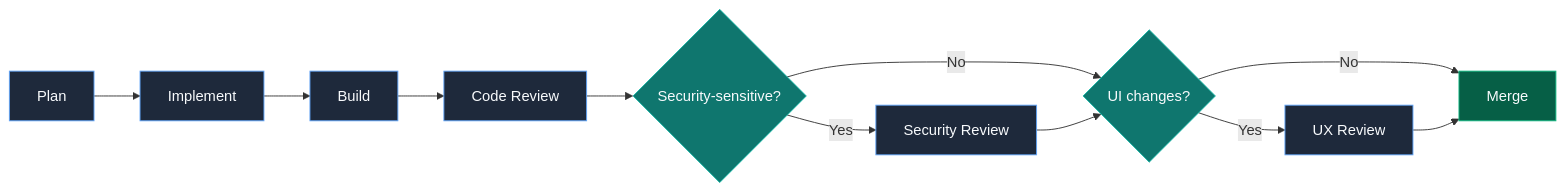
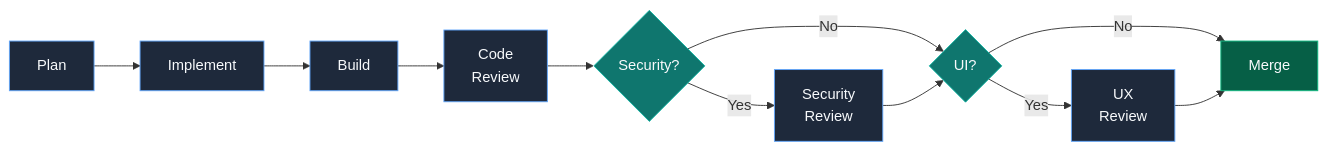
The diagram in README.md (wmorgan69/light-controller-simulator), drawn with Mermaid before and after one commit.

Commit message:
Compact diagram labels to force two-line wrap
Shortened labels with line breaks to fit naturally on two lines:
- 'Code Review' → 'Code<br/>Review'
- 'Security-sensitive?' → 'Security?'
- 'Security Review' → 'Security<br/>Review'
- 'UI changes?' → 'UI?'
- 'UX Review' → 'UX<br/>Review'

````diff
--- a/README.md
+++ b/README.md
@@ -9,19 +9,19 @@
 ```mermaid
 flowchart LR
-  A["Plan"] --> B["Implement"] --> C["Build"] --> D["Code Review"]
-  D --> E{"Security-sensitive?"}
-  E -->|Yes| F["Security Review"]
-  E -->|No| G{"UI changes?"}
+  A["Plan"] --> B["Implement"] --> C["Build"] --> D["Code<br/>Review"]
+  D --> E{"Security?"}
+  E -->|Yes| F["Security<br/>Review"]
+  E -->|No| G{"UI?"}
   F --> G
-  G -->|Yes| H["UX Review"]
+  G -->|Yes| H["UX<br/>Review"]
   G -->|No| I["Merge"]
   H --> I
   
   classDef stage fill:#1E293B,stroke:#60A5FA,color:#F8FAFC;
   classDef decision fill:#0F766E,stroke:#14B8A6,color:#F8FAFC;
   classDef outcome fill:#065F46,stroke:#10B981,color:#F8FAFC;
   
   class A,B,C,D,F,H stage;
   class E,G decision;
   class I outcome;
 ```
````
